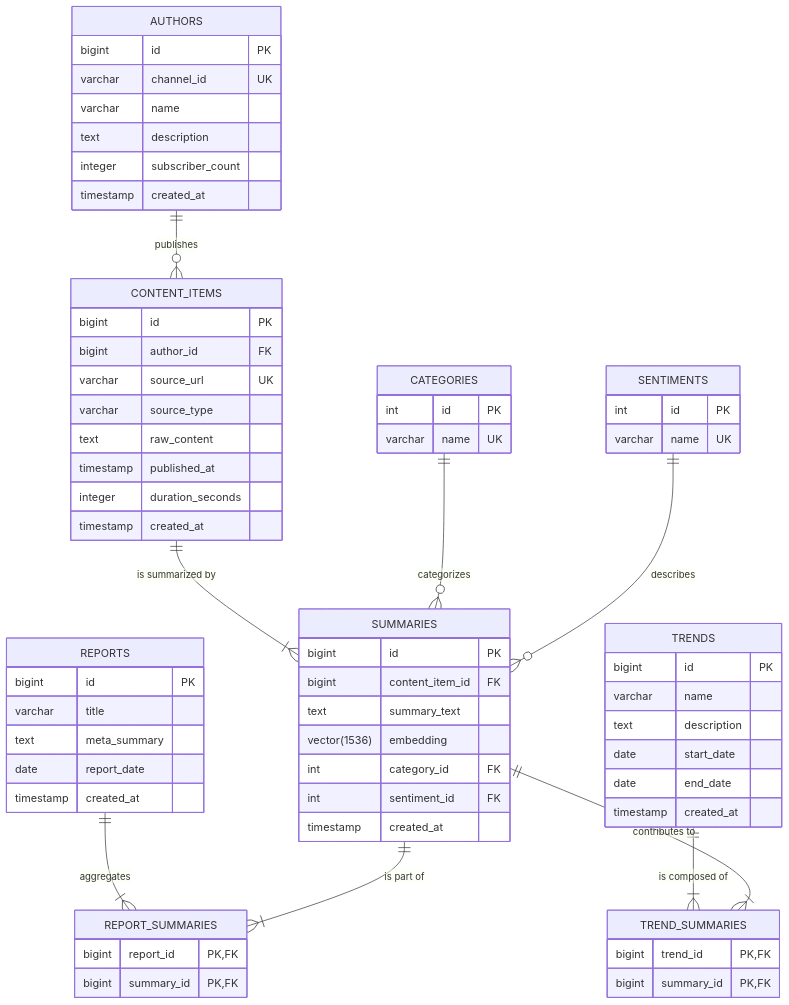
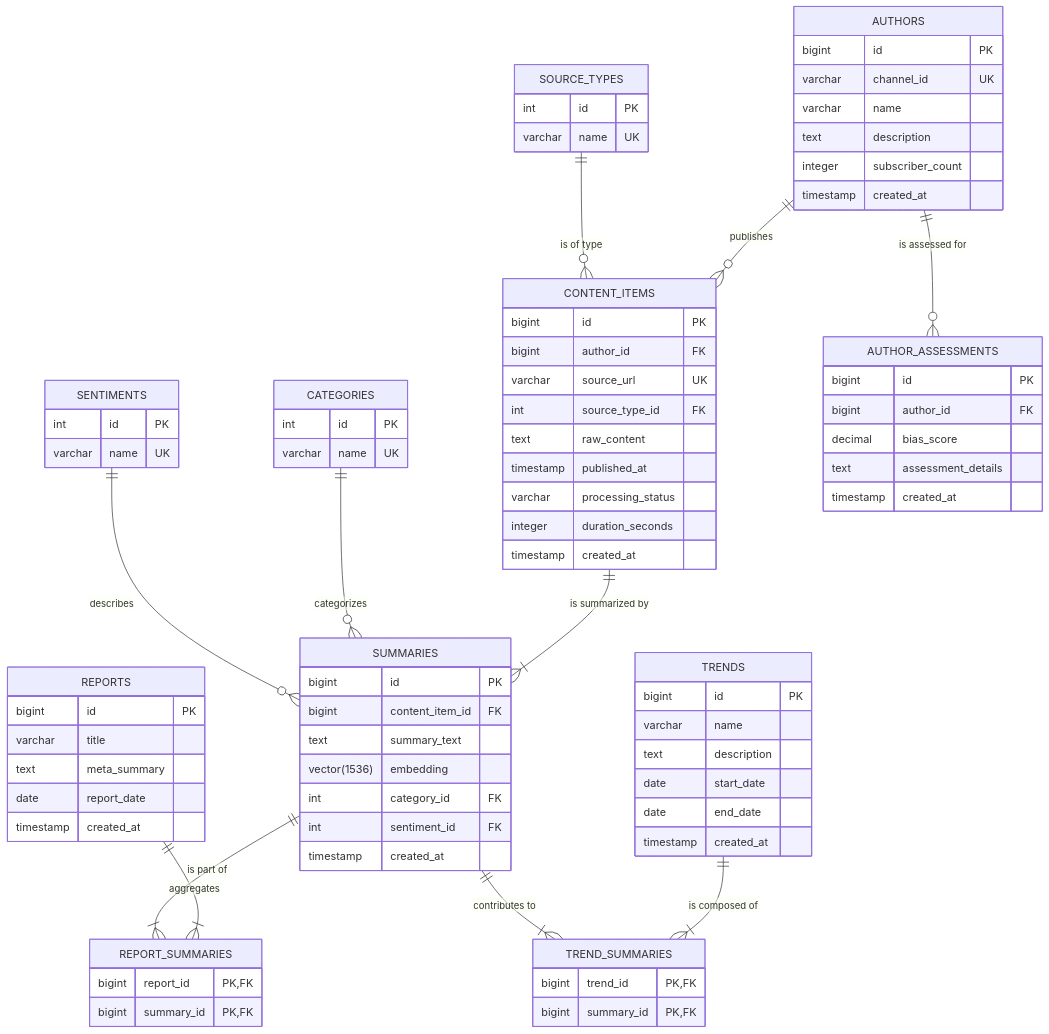
Before and after one commit to sjuresa/povzetkar: the diagram in src/main/docs/sdlc/04_database_design.md, drawn with Mermaid. The commit also changed other lines of this file and 1 other file, not shown here.

````diff
--- a/src/main/docs/sdlc/04_database_design.md
+++ b/src/main/docs/sdlc/04_database_design.md
@@ -21,7 +21,9 @@
     SUMMARIES ||--|{ REPORT_SUMMARIES : "is part of"
     TRENDS ||--|{ TREND_SUMMARIES : "is composed of"
     SUMMARIES ||--|{ TREND_SUMMARIES : "contributes to"
+    SOURCE_TYPES ||--o{ CONTENT_ITEMS : "is of type"
 
+    AUTHORS ||--o{ AUTHOR_ASSESSMENTS : "is assessed for"
     AUTHORS {
         bigint id PK
         varchar channel_id UK
@@ -35,9 +37,10 @@
         bigint id PK
         bigint author_id FK
         varchar source_url UK
-        varchar source_type
+        int source_type_id FK
         text raw_content
         timestamp published_at
+        varchar processing_status
         integer duration_seconds
         timestamp created_at
     }
@@ -75,6 +78,11 @@
         varchar name UK
     }
 
+    SOURCE_TYPES {
+        int id PK
+        varchar name UK
+    }
+
     TRENDS {
         bigint id PK
         varchar name
@@ -88,4 +96,12 @@
         bigint trend_id PK, FK
         bigint summary_id PK, FK
     }
+
+    AUTHOR_ASSESSMENTS {
+        bigint id PK
+        bigint author_id FK
+        decimal bias_score
+        text assessment_details
+        timestamp created_at
+    }
 ```
````
